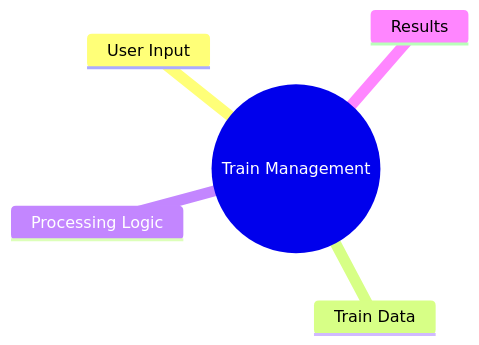
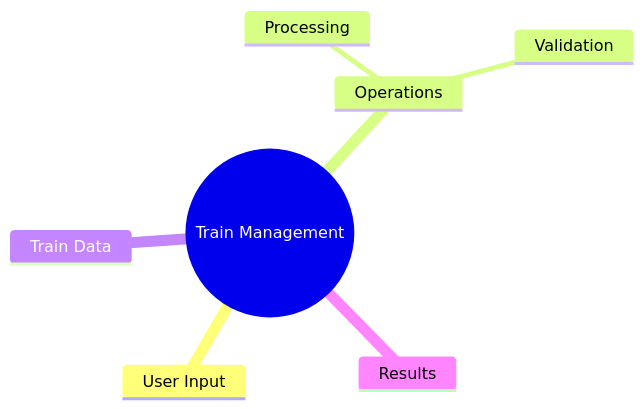
Before and after one commit to Priyanshu710-ui/TrainConsistentManagement: the fourth of 4 diagrams in README.md, drawn with Mermaid. The commit also changed other lines of this file, not shown here.

Commit message:
Expand README with project explanation and workflow diagrams

````diff
--- a/README.md
+++ b/README.md
@@ -28,8 +89,10 @@
 ```mermaid
 mindmap
   root((Train Management))
     User Input
+    Operations
+      Processing
+      Validation
     Train Data
-    Processing Logic
     Results
 ```
````
